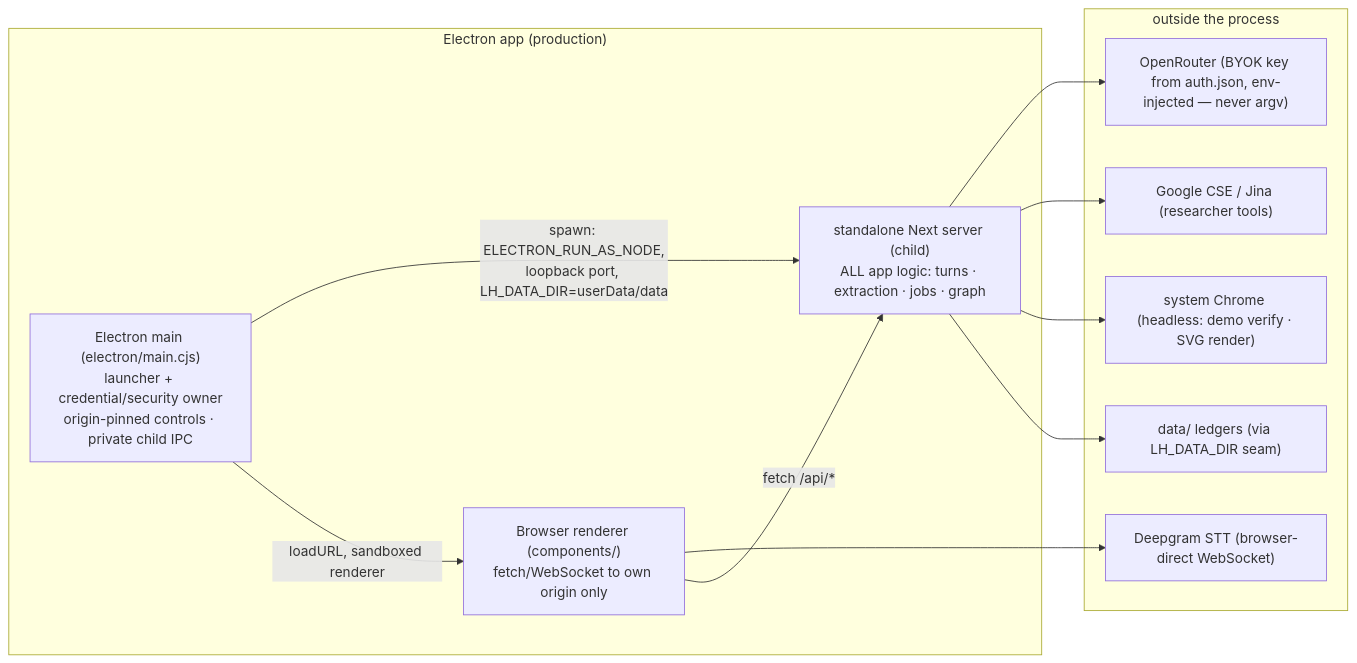
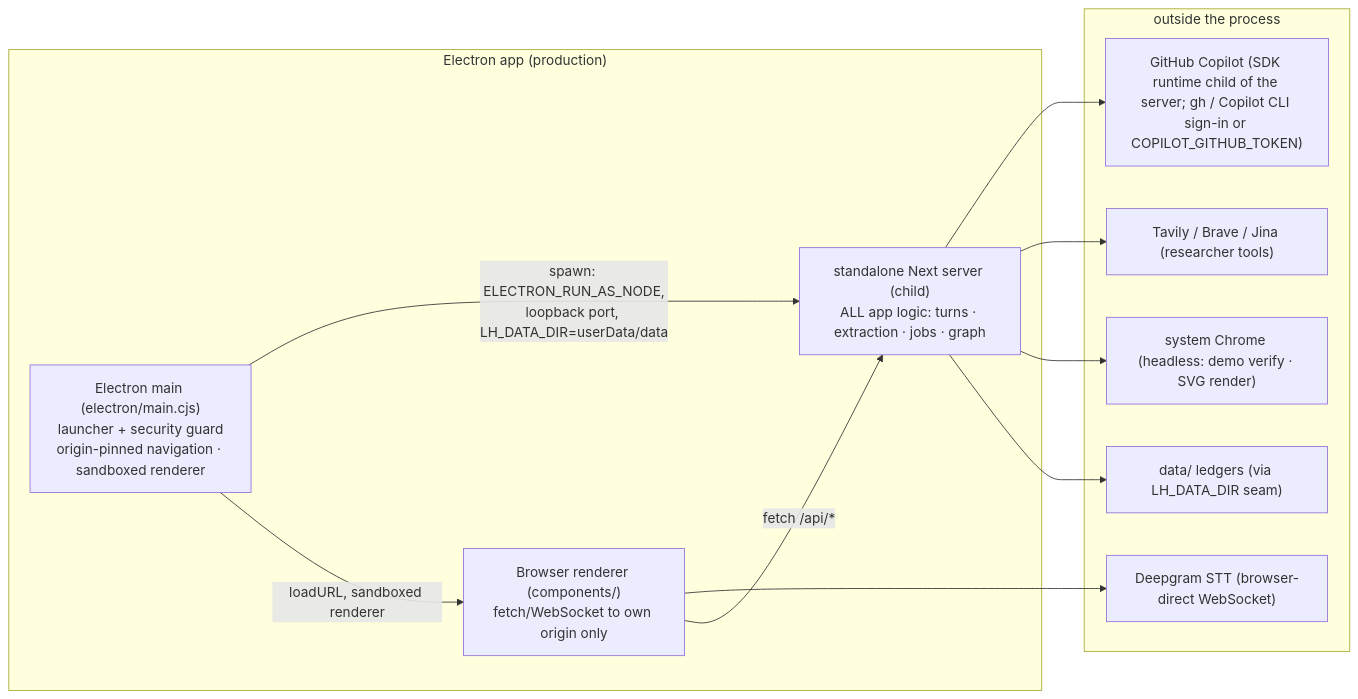
The seventh of 7 diagrams in docs/architecture.md (Bakar404/cairn), drawn with Mermaid before and after one commit. The commit also changed other lines of this file and 3 other files, not shown here.

First line of the commit message:
Document running Cairn on GitHub Copilot

````diff
--- a/docs/architecture.md
+++ b/docs/architecture.md
@@ -407,20 +407,20 @@
 ```mermaid
 flowchart LR
     subgraph DESKTOP["Electron app (production)"]
-        MAIN["Electron main (electron/main.cjs)<br/>launcher + credential/security owner<br/>origin-pinned controls · private child IPC"] -->|"spawn: ELECTRON_RUN_AS_NODE,<br/>loopback port, LH_DATA_DIR=userData/data"| NEXT["standalone Next server (child)<br/>ALL app logic: turns · extraction · jobs · graph"]
+        MAIN["Electron main (electron/main.cjs)<br/>launcher + security guard<br/>origin-pinned navigation · sandboxed renderer"] -->|"spawn: ELECTRON_RUN_AS_NODE,<br/>loopback port, LH_DATA_DIR=userData/data"| NEXT["standalone Next server (child)<br/>ALL app logic: turns · extraction · jobs · graph"]
         MAIN -->|"loadURL, sandboxed renderer"| REND["Browser renderer (components/)<br/>fetch/WebSocket to own origin only"]
     end
     subgraph OUTSIDE["outside the process"]
-        OR["OpenRouter (BYOK key from auth.json, env-injected — never argv)"]
+        CP["GitHub Copilot (SDK runtime child of the server; gh / Copilot CLI sign-in or COPILOT_GITHUB_TOKEN)"]
         DG["Deepgram STT (browser-direct WebSocket)"]
-        GCSE["Google CSE / Jina (researcher tools)"]
+        WEBT["Tavily / Brave / Jina (researcher tools)"]
         CHROME["system Chrome (headless: demo verify · SVG render)"]
         DISK["data/ ledgers (via LH_DATA_DIR seam)"]
     end
-    NEXT --> OR
-    NEXT --> GCSE
+    NEXT --> CP
+    NEXT --> WEBT
     NEXT --> CHROME
     NEXT --> DISK
     REND --> DG
     REND -->|"fetch /api/*"| NEXT
 ```
````
